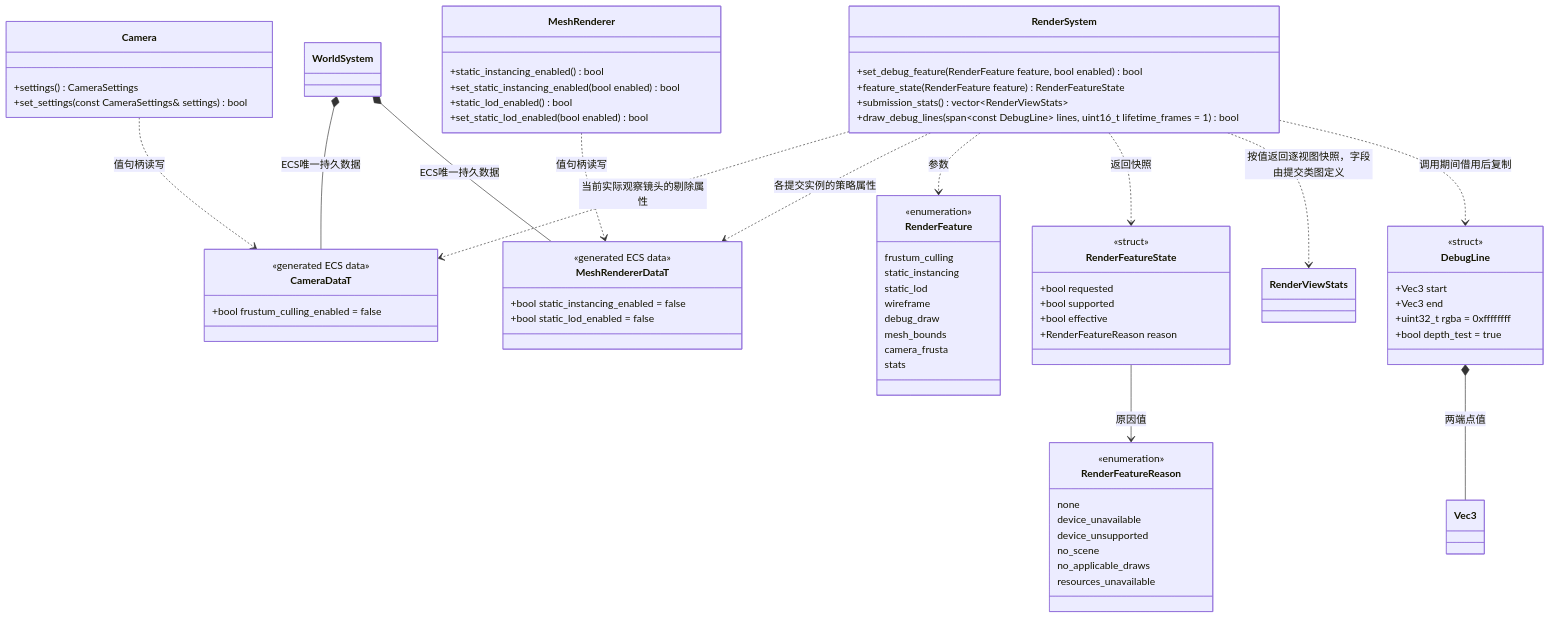
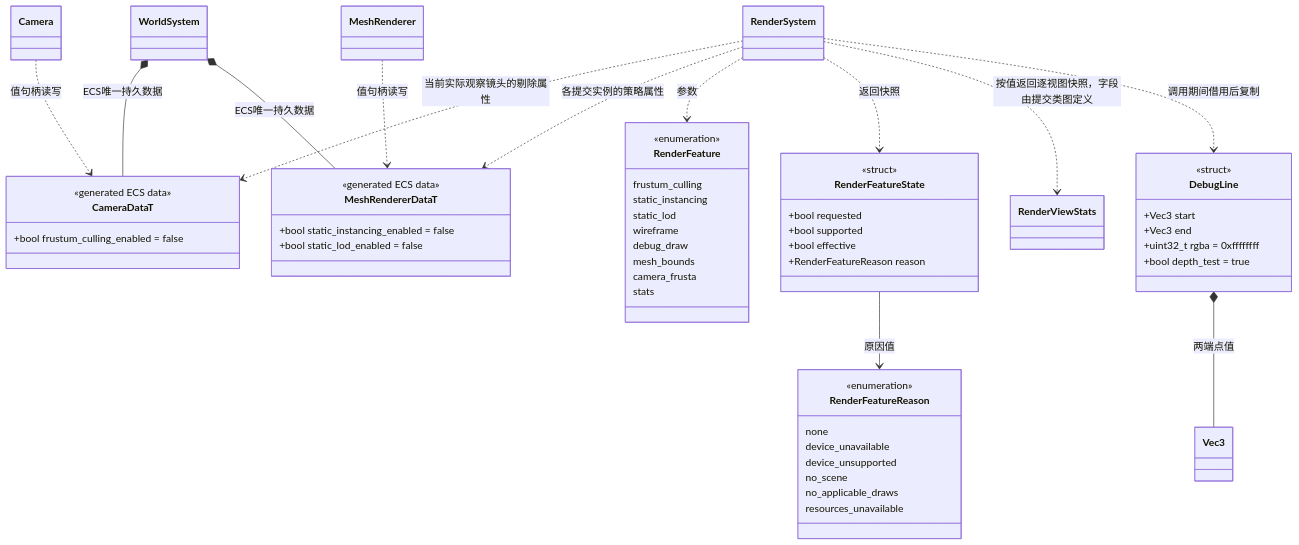
The first of 2 diagrams in docs/runtime/class-diagrams/render-feature-controls.md (lcals/Engine), drawn with Mermaid before and after one commit. The commit also changed other lines of this file and 222 other files, not shown here.

Commit message:
Consolidate editor asset imports and align architecture documentation

````diff
--- a/docs/runtime/class-diagrams/render-feature-controls.md
+++ b/docs/runtime/class-diagrams/render-feature-controls.md
@@ -25,77 +27,64 @@
 ```mermaid
 classDiagram
-    class RenderSystem {
-        +set_debug_feature(RenderFeature feature, bool enabled) bool
-        +feature_state(RenderFeature feature) RenderFeatureState
-        +submission_stats() vector~RenderViewStats~
-        +draw_debug_lines(span~const DebugLine~ lines, uint16_t lifetime_frames = 1) bool
-    }
-    class Camera {
-        +settings() CameraSettings
-        +set_settings(const CameraSettings& settings) bool
-    }
+    class RenderSystem
+    class Camera
     class CameraDataT {
         <<generated ECS data>>
         +bool frustum_culling_enabled = false
     }
-    class MeshRenderer {
-        +static_instancing_enabled() bool
-        +set_static_instancing_enabled(bool enabled) bool
-        +static_lod_enabled() bool
-        +set_static_lod_enabled(bool enabled) bool
-    }
+    class MeshRenderer
     class MeshRendererDataT {
         <<generated ECS data>>
         +bool static_instancing_enabled = false
         +bool static_lod_enabled = false
     }
     class WorldSystem
     Camera ..> CameraDataT : 值句柄读写
     MeshRenderer ..> MeshRendererDataT : 值句柄读写
     WorldSystem *-- CameraDataT : ECS唯一持久数据
     WorldSystem *-- MeshRendererDataT : ECS唯一持久数据
     RenderSystem ..> CameraDataT : 当前实际观察镜头的剔除属性
     RenderSystem ..> MeshRendererDataT : 各提交实例的策略属性
     class RenderFeature {
         <<enumeration>>
         frustum_culling
         static_instancing
         static_lod
         wireframe
         debug_draw
         mesh_bounds
         camera_frusta
         stats
     }
     class RenderFeatureState {
         <<struct>>
         +bool requested
         +bool supported
         +bool effective
         +RenderFeatureReason reason
     }
     class RenderFeatureReason {
         <<enumeration>>
         none
         device_unavailable
         device_unsupported
         no_scene
         no_applicable_draws
         resources_unavailable
     }
     class RenderViewStats
     class DebugLine {
         <<struct>>
         +Vec3 start
         +Vec3 end
         +uint32_t rgba = 0xffffffff
         +bool depth_test = true
     }
     class Vec3
     RenderSystem ..> RenderFeature : 参数
     RenderSystem ..> RenderFeatureState : 返回快照
     RenderFeatureState --> RenderFeatureReason : 原因值
     RenderSystem ..> RenderViewStats : 按值返回逐视图快照，字段由提交类图定义
     RenderSystem ..> DebugLine : 调用期间借用后复制
     DebugLine *-- Vec3 : 两端点值
 ```
````
